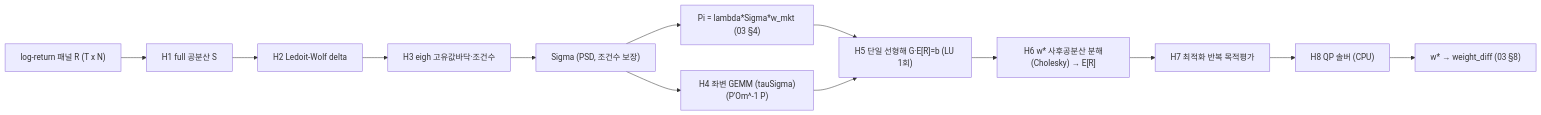
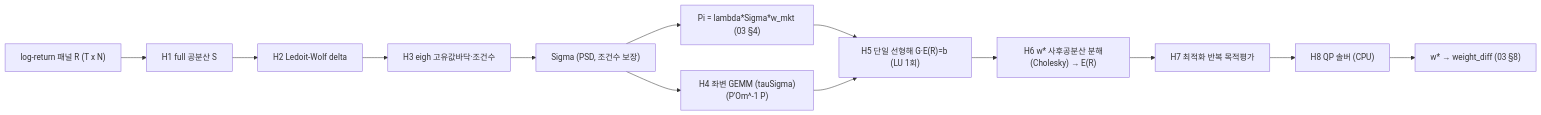
The third of 3 diagrams in docs/design/04-compute-design.md (blunderblus/black_litterman_project), drawn with Mermaid before and after one commit. The commit also changed 7 other files, not shown here.

First line of the commit message:
fix(docs): harden Mermaid labels for GitHub render across 8 docs

````diff
--- a/docs/design/04-compute-design.md
+++ b/docs/design/04-compute-design.md
@@ -336,12 +336,12 @@
 ```mermaid
 flowchart LR
   RP["log-return 패널 R (T x N)"] --> H1["H1 full 공분산 S"]
   H1 --> H2["H2 Ledoit-Wolf delta"] --> H3["H3 eigh 고유값바닥·조건수"]
   H3 --> SIG["Sigma (PSD, 조건수 보장)"]
   SIG --> PI["Pi = lambda*Sigma*w_mkt (03 §4)"]
   SIG --> H4["H4 좌변 GEMM (tauSigma)(P'Om^-1 P)"]
-  PI --> H5["H5 단일 선형해 G·E[R]=b (LU 1회)"]
-  H4 --> H5 --> H6["H6 w* 사후공분산 분해(Cholesky) → E[R]"]
+  PI --> H5["H5 단일 선형해 G·E(R)=b (LU 1회)"]
+  H4 --> H5 --> H6["H6 w* 사후공분산 분해(Cholesky) → E(R)"]
   H6 --> H7["H7 최적화 반복 목적평가"] --> H8["H8 QP 솔버 (CPU)"]
   H8 --> WSTAR["w*  → weight_diff (03 §8)"]
 ```
````
